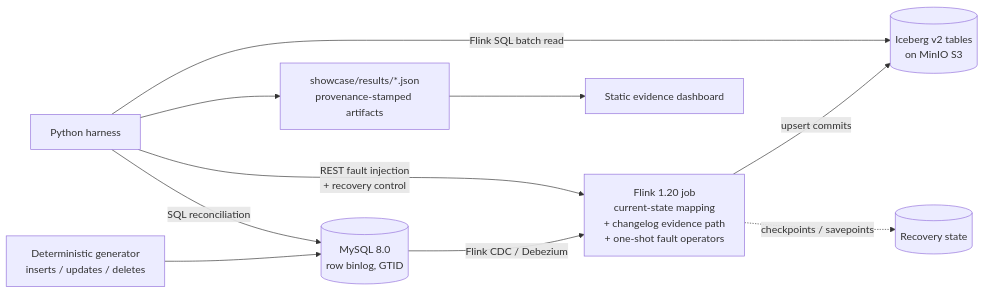
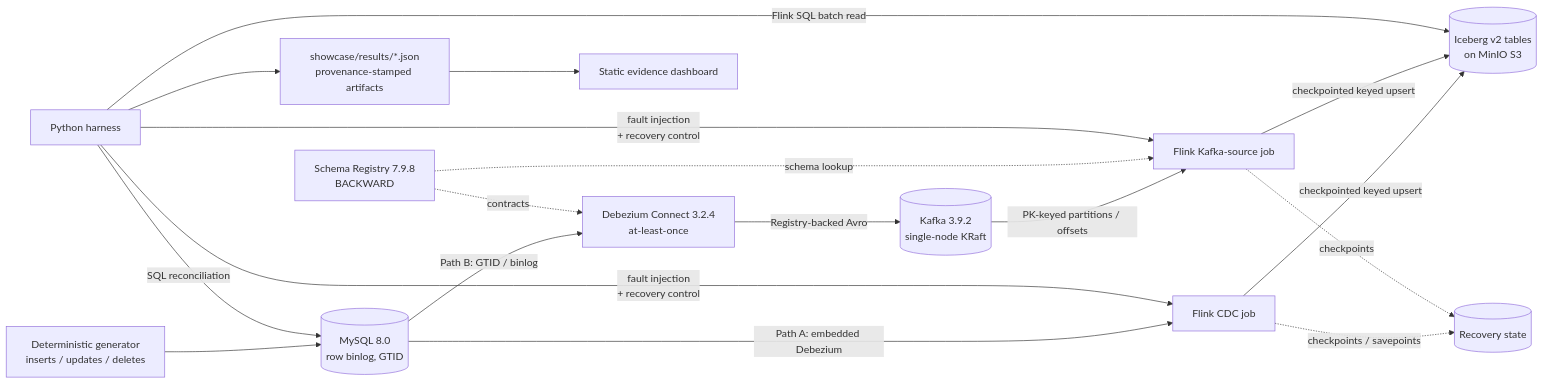
One commit to LucisZhang/p1-reliability-lab changed the diagram in README.md. Above: the diagram before and after it, drawn with Mermaid. The commit also changed other lines of this file and 4 other files, not shown here.

````diff
--- a/README.md
+++ b/README.md
@@ -20,12 +21,20 @@
 ```mermaid
 flowchart LR
     G[Deterministic generator<br/>inserts / updates / deletes] --> M[(MySQL 8.0<br/>row binlog, GTID)]
-    M -- Flink CDC / Debezium --> F[Flink 1.20 job<br/>current-state mapping<br/>+ changelog evidence path<br/>+ one-shot fault operators]
-    F -- upsert commits --> I[(Iceberg v2 tables<br/>on MinIO S3)]
-    F -. checkpoints / savepoints .-> S[(Recovery state)]
-    H[Python harness] -- REST fault injection<br/>+ recovery control --> F
+    M -- Path A: embedded Debezium --> FA[Flink CDC job]
+    M -- Path B: GTID / binlog --> DB[Debezium Connect 3.2.4<br/>at-least-once]
+    DB -- Registry-backed Avro --> K[(Kafka 3.9.2<br/>single-node KRaft)]
+    K -- PK-keyed partitions / offsets --> FB[Flink Kafka-source job]
+    SR[Schema Registry 7.9.8<br/>BACKWARD] -. contracts .-> DB
+    SR -. schema lookup .-> FB
+    FA -- checkpointed keyed upsert --> I[(Iceberg v2 tables<br/>on MinIO S3)]
+    FB -- checkpointed keyed upsert --> I
+    FA -. checkpoints / savepoints .-> S[(Recovery state)]
+    FB -. checkpoints .-> S
+    H[Python harness] -- fault injection<br/>+ recovery control --> FA
+    H -- fault injection<br/>+ recovery control --> FB
     H -- SQL reconciliation --> M
     H -- Flink SQL batch read --> I
     H --> R[showcase/results/*.json<br/>provenance-stamped artifacts]
     R --> D[Static evidence dashboard]
 ```
````
